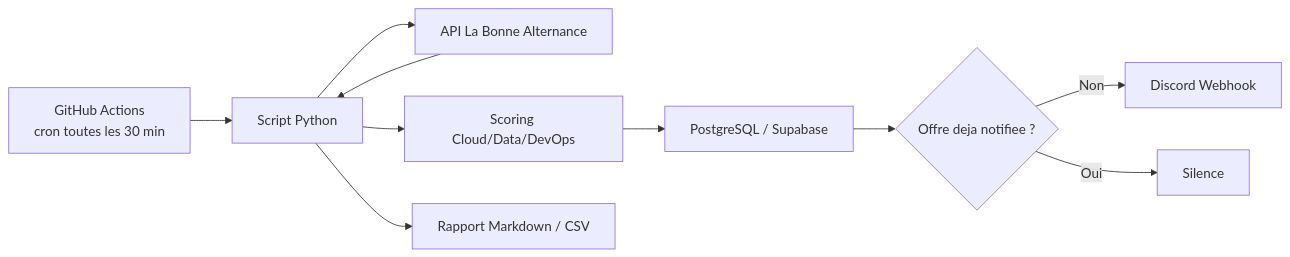
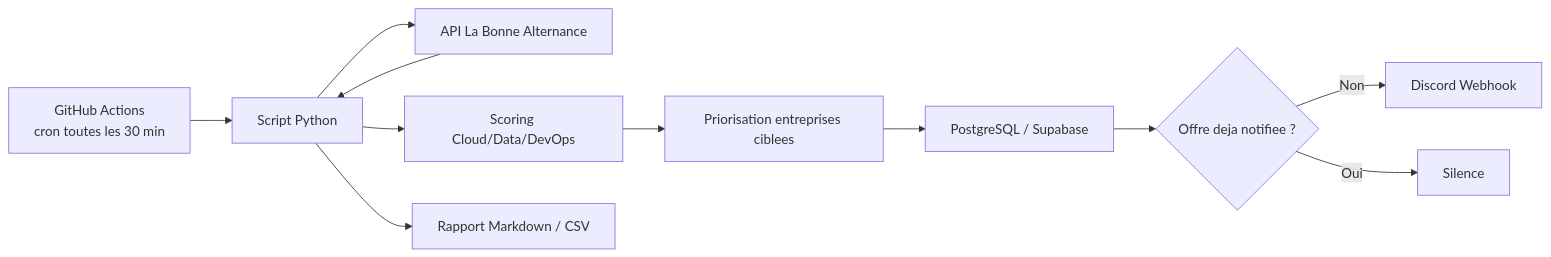
Before and after one commit to pauldpt/alternance-watcher: the diagram in docs/ARCHITECTURE.md, drawn with Mermaid. The commit also changed other lines of this file and 5 other files, not shown here.

Commit message:
Prioritize target companies in scoring flow

````diff
--- a/docs/ARCHITECTURE.md
+++ b/docs/ARCHITECTURE.md
@@ -16,12 +17,13 @@
 ```mermaid
 flowchart LR
     A["GitHub Actions<br/>cron toutes les 30 min"] --> B["Script Python"]
     B --> C["API La Bonne Alternance"]
     C --> B
     B --> D["Scoring Cloud/Data/DevOps"]
-    D --> E["PostgreSQL / Supabase"]
+    D --> J["Priorisation entreprises ciblees"]
+    J --> E["PostgreSQL / Supabase"]
     E --> F{"Offre deja notifiee ?"}
     F -->|Non| G["Discord Webhook"]
     F -->|Oui| H["Silence"]
     B --> I["Rapport Markdown / CSV"]
 ```
````
